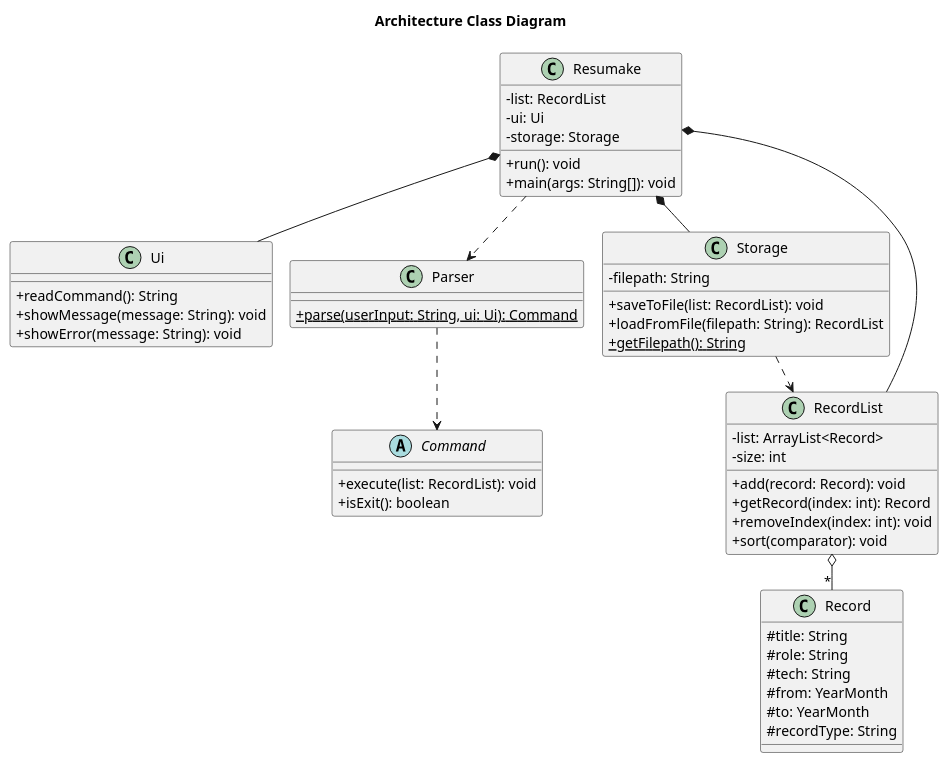
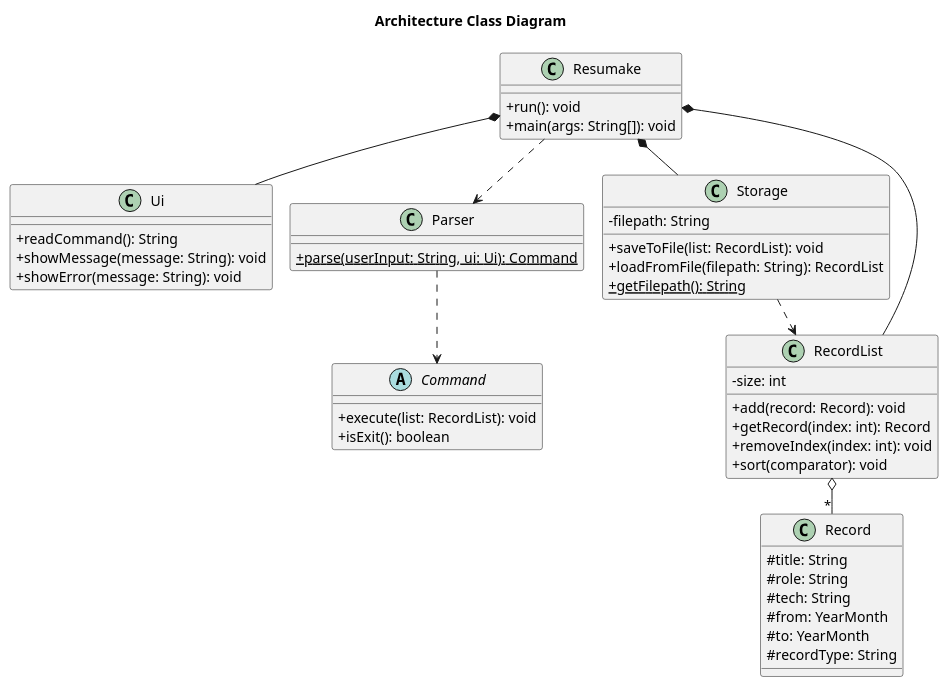
Before and after one commit to AY2526S2-CS2113-F09-2/tp: the diagram in docs/diagrams/ArchitectureClassDiagram.puml, drawn with PlantUML. The commit also changed 23 other files, not shown here.

Commit message:
Update UG and DG to align diagrams and command behavior

```diff
--- a/docs/diagrams/ArchitectureClassDiagram.puml
+++ b/docs/diagrams/ArchitectureClassDiagram.puml
@@ -1,63 +1,59 @@
 @startuml
 !pragma layout smetana
 skinparam classAttributeIconSize 0
 
 title Architecture Class Diagram
 
 class Resumake {
-  -list: RecordList
-  -ui: Ui
-  -storage: Storage
   +run(): void
   +main(args: String[]): void
 }
 
 class Ui {
   +readCommand(): String
   +showMessage(message: String): void
   +showError(message: String): void
 }
 
 class Parser {
   {static} +parse(userInput: String, ui: Ui): Command
 }
 
 class Storage {
   -filepath: String
   +saveToFile(list: RecordList): void
   +loadFromFile(filepath: String): RecordList
   {static} +getFilepath(): String
 }
 
 class RecordList {
-  -list: ArrayList<Record>
   -size: int
   +add(record: Record): void
   +getRecord(index: int): Record
   +removeIndex(index: int): void
   +sort(comparator): void
 }
 
 abstract class Command {
   +execute(list: RecordList): void
   +isExit(): boolean
 }
 
 class Record {
   #title: String
   #role: String
   #tech: String
   #from: YearMonth
   #to: YearMonth
   #recordType: String
 }
 
 Resumake *-- Ui
 Resumake *-- Storage
 Resumake *-- RecordList
 Resumake ..> Parser
 Parser ..> Command
 Storage ..> RecordList
 RecordList o-- "*" Record
 
 @enduml
```
